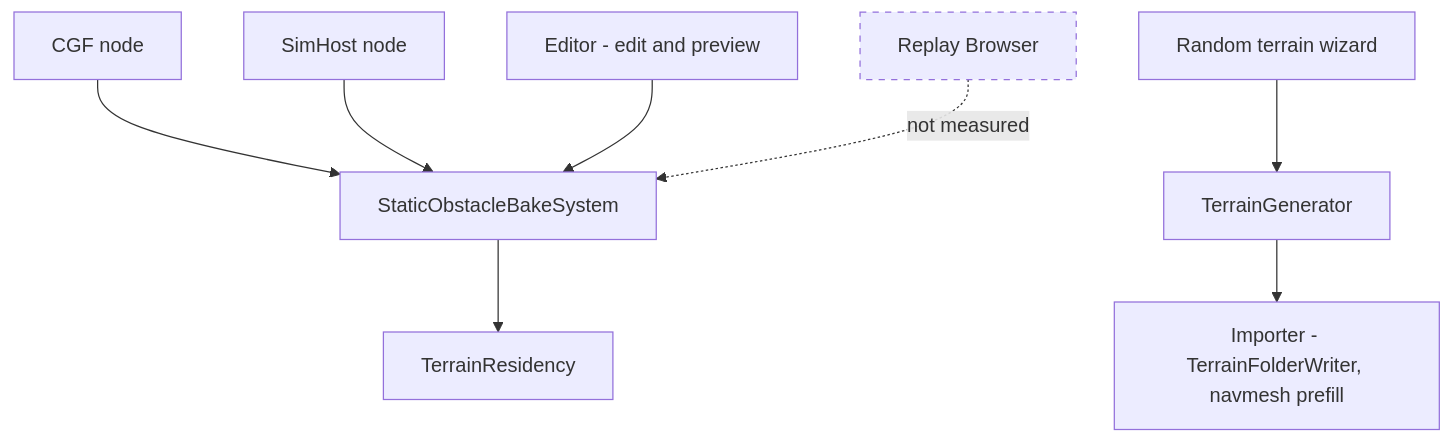
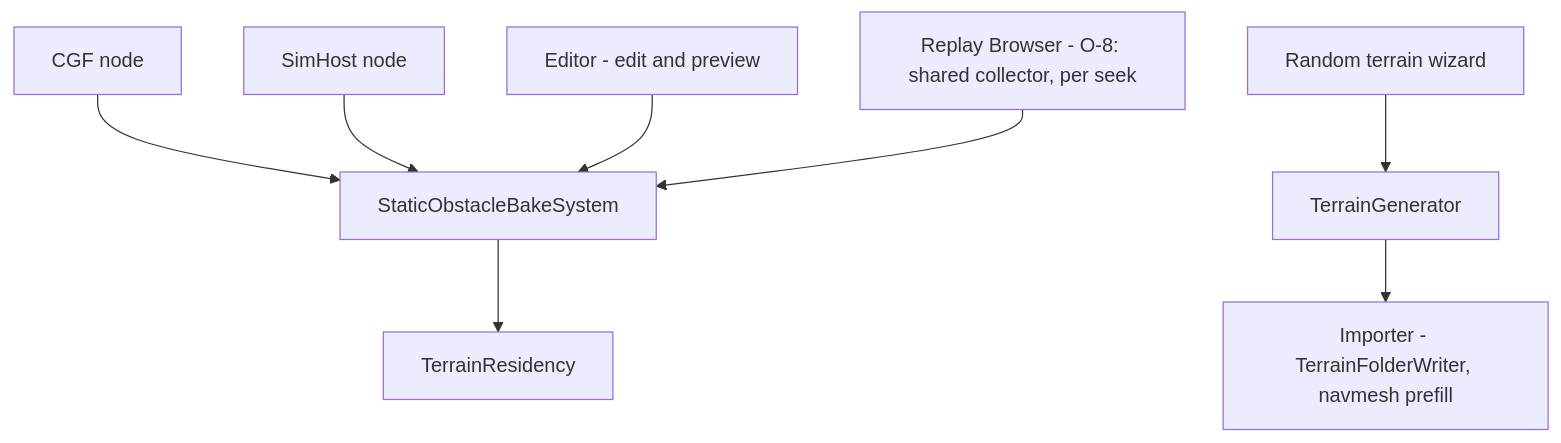
One commit to pjanec/HROT changed the fifth of 16 diagrams in docs/DESIGN_Terrain_Authoring.md. Above: the diagram before and after it, drawn with Mermaid. The commit also changed other lines of this file and 13 other files, not shown here.

First line of the commit message:
O-8 (CE-4420): the Replay Browser loads a recording's terrain overlay by hash and bakes its obstacles

````diff
--- a/docs/DESIGN_Terrain_Authoring.md
+++ b/docs/DESIGN_Terrain_Authoring.md
@@ -208,11 +208,11 @@
 ```mermaid
 graph TD
   CGF[CGF node] --> BS[StaticObstacleBakeSystem]
   SIM[SimHost node] --> BS
   ED[Editor - edit and preview] --> BS
-  RB[Replay Browser]:::unknown -.->|not measured| BS
+  RB[Replay Browser - O-8: shared collector, per seek] --> BS
   BS --> RES[TerrainResidency]
   WIZ[Random terrain wizard] --> GEN[TerrainGenerator]
   GEN --> IMP[Importer - TerrainFolderWriter, navmesh prefill]
   classDef unknown stroke-dasharray: 5 5
 ```
````
